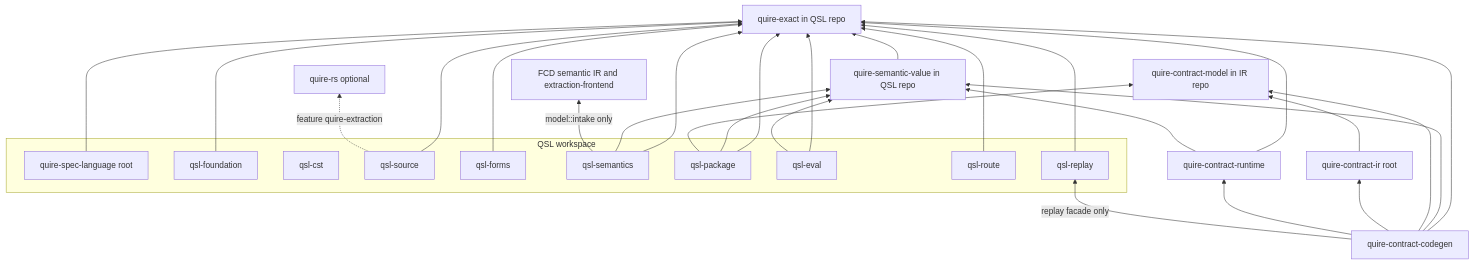
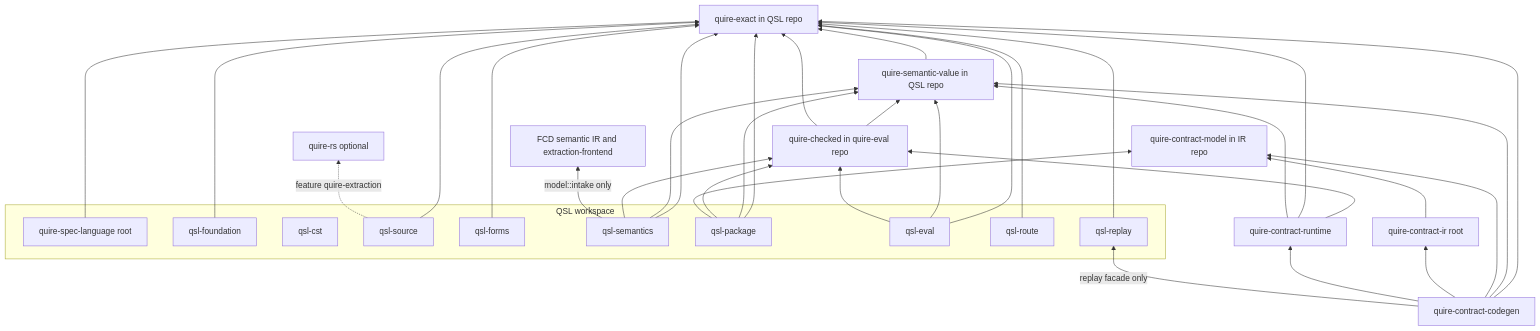
The second of 2 diagrams in spec/decisions/ADR-011-stage-dag-and-dependency-architecture.md (agent-ix/quire-spec-language), drawn with Mermaid before and after one commit. The commit also changed other lines of this file and 5 other files, not shown here.

````diff
--- a/spec/decisions/ADR-011-stage-dag-and-dependency-architecture.md
+++ b/spec/decisions/ADR-011-stage-dag-and-dependency-architecture.md
@@ -992,38 +1012,42 @@
 ```mermaid
 flowchart BT
   QX[quire-exact in QSL repo]
   SV[quire-semantic-value in QSL repo]
+  QCK[quire-checked in quire-eval repo]
   subgraph QSLW[QSL workspace]
     QSL[quire-spec-language root]
     QFO[qsl-foundation]
     QCS[qsl-cst]
     QSO[qsl-source]
     QFM[qsl-forms]
     QSE[qsl-semantics]
     QPK[qsl-package]
     QEV[qsl-eval]
     QRO[qsl-route]
     QRP[qsl-replay]
   end
   CM[quire-contract-model in IR repo]
   IR[quire-contract-ir root]
   RT[quire-contract-runtime]
   CG[quire-contract-codegen]
   FCD[FCD semantic IR and extraction-frontend]
   QRS[quire-rs optional]
   QFO & QSO & QFM & QSE & QPK & QEV & QRO & QRP & QSL --> QX
   QSE & QPK & QEV --> SV
   SV --> QX
+  QCK --> SV & QX
+  QSE & QPK & QEV --> QCK
+  RT --> QCK
   QPK --> CM
   QSE -->|model::intake only| FCD
   QSO -.->|feature quire-extraction| QRS
   RT --> QX
   RT --> SV
   CG --> QX
   CG --> SV
   CG --> CM
   CG --> IR
   CG --> RT
   CG -->|replay facade only| QRP
   IR --> CM
 ```
````
